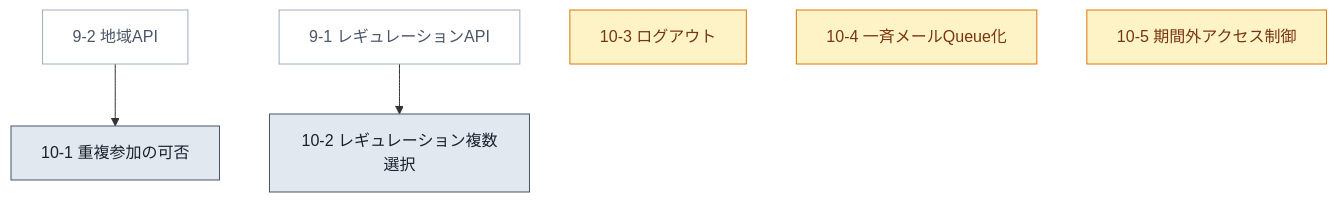
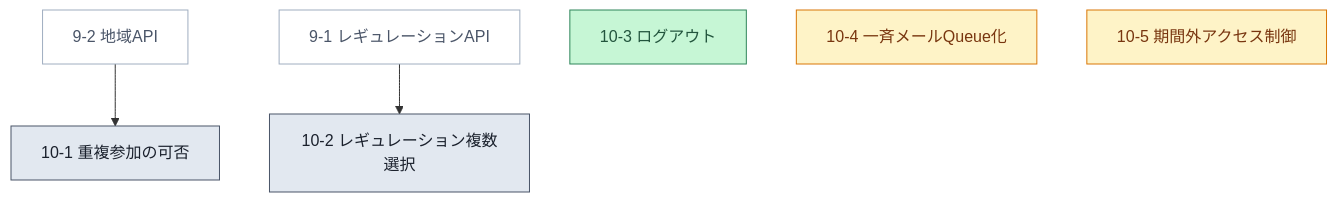
The tenth of 12 diagrams in tasks.md (m-uesaka/regional-quiz-entry-form), drawn with Mermaid before and after one commit. The commit also changed other lines of this file and 26 other files, not shown here.

````diff
--- a/tasks.md
+++ b/tasks.md
@@ -226,12 +226,13 @@
 ```mermaid
 graph TD
   T92["9-2 地域API"]:::prereq --> T101["10-1 重複参加の可否"]:::todo
   T91["9-1 レギュレーションAPI"]:::prereq --> T102["10-2 レギュレーション複数選択"]:::todo
-  T103["10-3 ログアウト"]:::next
+  T103["10-3 ログアウト"]:::done
   T104["10-4 一斉メールQueue化"]:::next
   T105["10-5 期間外アクセス制御"]:::next
 
+  classDef done fill:#c6f6d5,stroke:#2f855a,color:#22543d;
   classDef todo fill:#e2e8f0,stroke:#4a5568,color:#1a202c;
   classDef next fill:#fef3c7,stroke:#d97706,color:#78350f;
   classDef prereq fill:#ffffff,stroke:#a0aec0,color:#4a5568;
 ```
````
